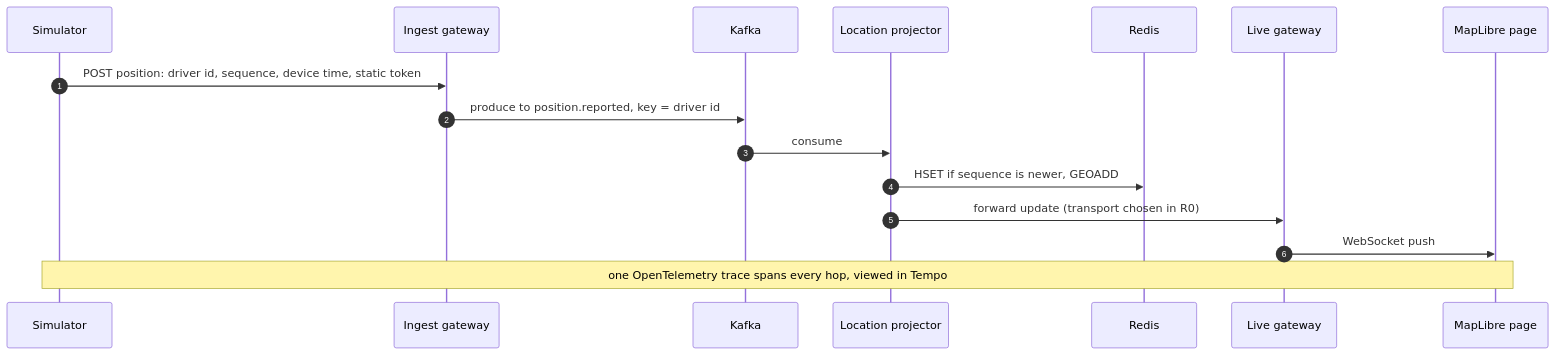
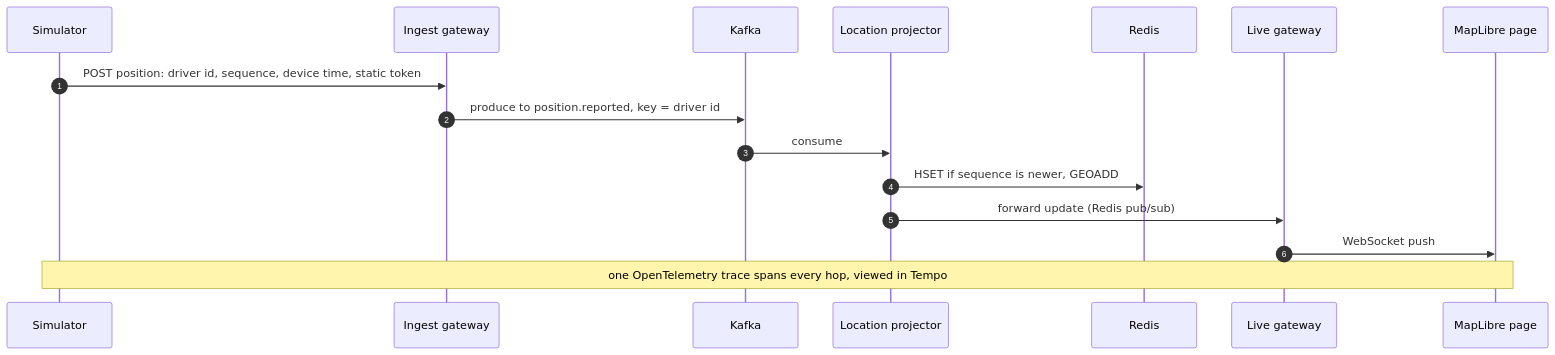
One commit to Abdelwahab313/flotilla-stream changed the second of 5 diagrams in README.md. Above: the diagram before and after it, drawn with Mermaid. The commit also changed other lines of this file and 3 other files, not shown here.

````diff
--- a/README.md
+++ b/README.md
@@ -156,18 +156,18 @@
 ```mermaid
 sequenceDiagram
   autonumber
   participant S as Simulator
   participant I as Ingest gateway
   participant L as Kafka
   participant P as Location projector
   participant R as Redis
   participant G as Live gateway
   participant M as MapLibre page
   S->>I: POST position: driver id, sequence, device time, static token
   I->>L: produce to position.reported, key = driver id
   L->>P: consume
   P->>R: HSET if sequence is newer, GEOADD
-  P->>G: forward update (transport chosen in R0)
+  P->>G: forward update (Redis pub/sub)
   G->>M: WebSocket push
   Note over S,M: one OpenTelemetry trace spans every hop, viewed in Tempo
 ```
````
